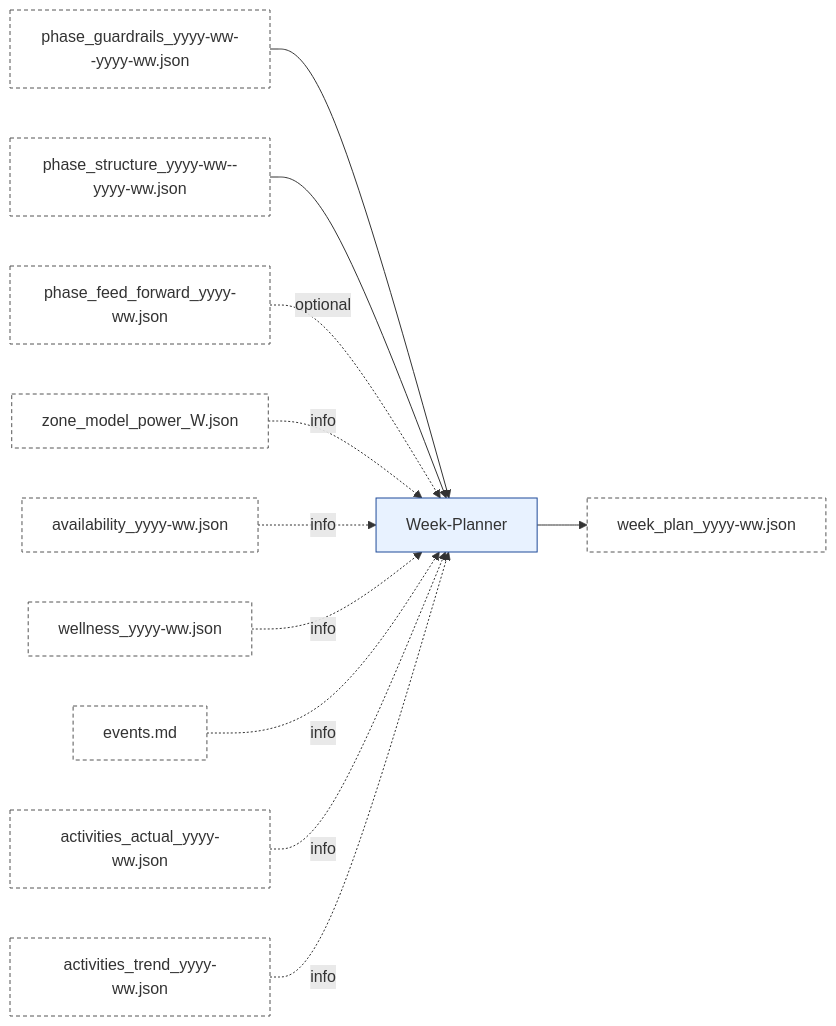
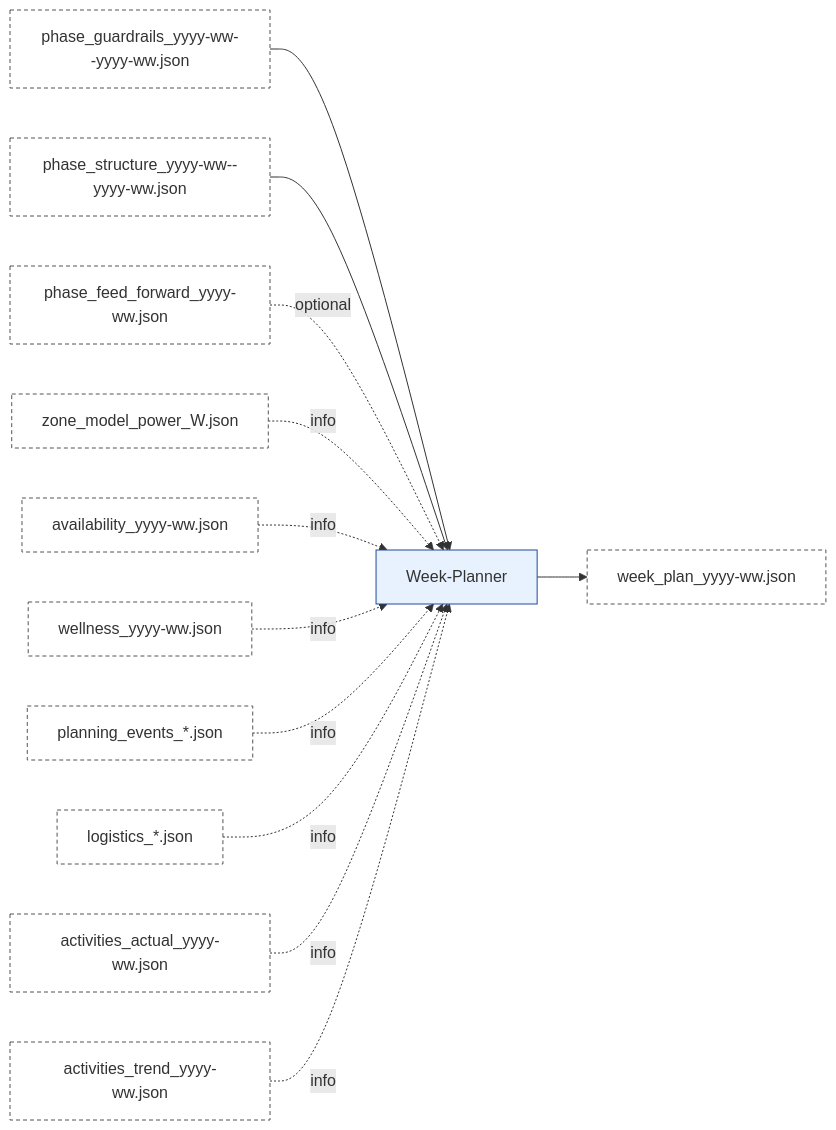
One commit to albauer-priv/RPS changed the fifth of 8 diagrams in doc/overview/artefact_flow.md. Above: the diagram before and after it, drawn with Mermaid. The commit also changed other lines of this file and 78 other files, not shown here.

````diff
--- a/doc/overview/artefact_flow.md
+++ b/doc/overview/artefact_flow.md
@@ -264,17 +280,18 @@
 ```mermaid
 flowchart LR
   BG[phase_guardrails_yyyy-ww--yyyy-ww.json]:::artefact --> MI[Week-Planner]:::agent
   BEA[phase_structure_yyyy-ww--yyyy-ww.json]:::artefact --> MI
   BFF[phase_feed_forward_yyyy-ww.json]:::artefact -. optional .-> MI
   ZM[zone_model_power_<FTP>W.json]:::artefact -. info .-> MI
   AV[availability_yyyy-ww.json]:::artefact -. info .-> MI
   WL[wellness_yyyy-ww.json]:::artefact -. info .-> MI
-  EV[events.md]:::artefact -. info .-> MI
+  PE[planning_events_*.json]:::artefact -. info .-> MI
+  LG[logistics_*.json]:::artefact -. info .-> MI
   AA[activities_actual_yyyy-ww.json]:::artefact -. info .-> MI
   AT[activities_trend_yyyy-ww.json]:::artefact -. info .-> MI
 
   MI --> WP[week_plan_yyyy-ww.json]:::artefact
 
   classDef agent fill:#e8f2ff,stroke:#1f4b99,stroke-width:1px;
   classDef artefact fill:#ffffff,stroke:#555,stroke-dasharray: 4 3,stroke-width:1px;
 ```
````
